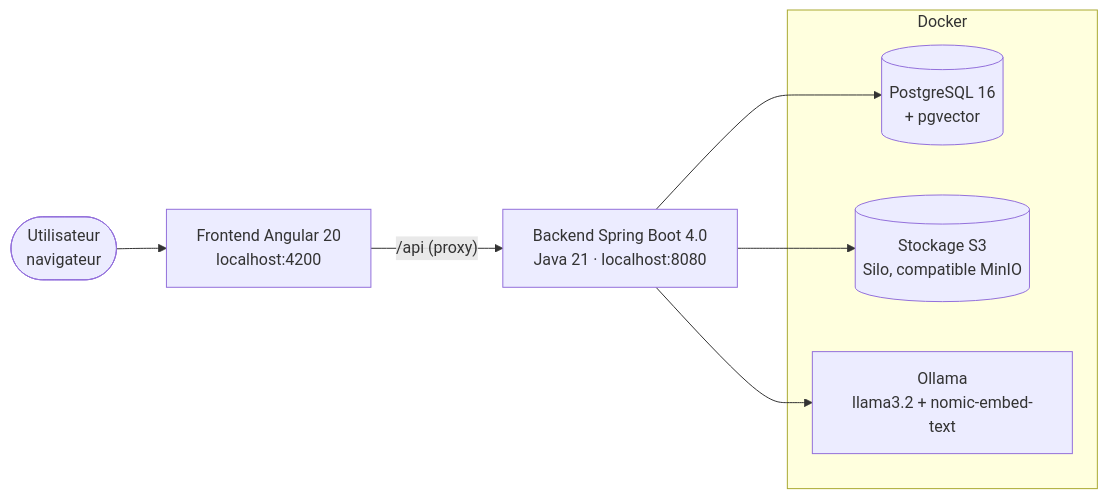
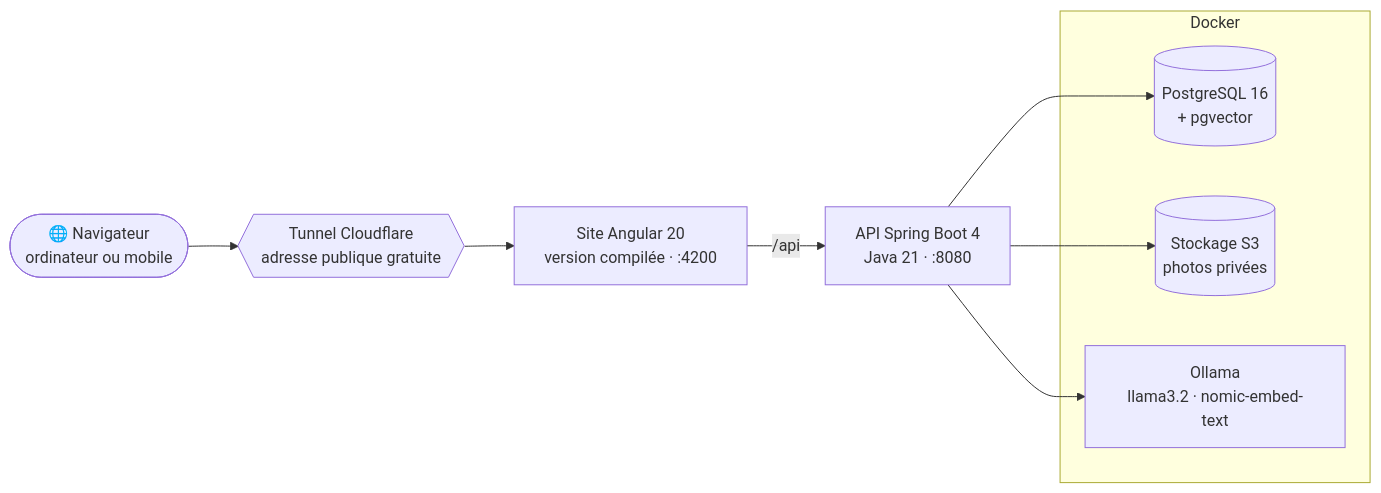
The third of 6 diagrams in README.md (Ahmedbannour/ai-casting-platform), drawn with Mermaid before and after one commit. The commit also changed other lines of this file and 12 other files, not shown here.

````diff
--- a/README.md
+++ b/README.md
@@ -78,13 +154,14 @@
 ```mermaid
 flowchart LR
-    U([Utilisateur<br/>navigateur]) --> F[Frontend Angular 20<br/>localhost:4200]
-    F -- "/api (proxy)" --> B[Backend Spring Boot 4.0<br/>Java 21 · localhost:8080]
-    B --> P[(PostgreSQL 16<br/>+ pgvector)]
-    B --> S[(Stockage S3<br/>Silo, compatible MinIO)]
-    B --> O[Ollama<br/>llama3.2 + nomic-embed-text]
+    U([🌐 Navigateur<br/>ordinateur ou mobile]) --> T{{Tunnel Cloudflare<br/>adresse publique gratuite}}
+    T --> W["Site Angular 20<br/>version compilée · :4200"]
+    W -- "/api" --> B["API Spring Boot 4<br/>Java 21 · :8080"]
+    B --> P[("PostgreSQL 16<br/>+ pgvector")]
+    B --> S[("Stockage S3<br/>photos privées")]
+    B --> O["Ollama<br/>llama3.2 · nomic-embed-text"]
     subgraph Docker
       P
       S
       O
     end
 ```
````
